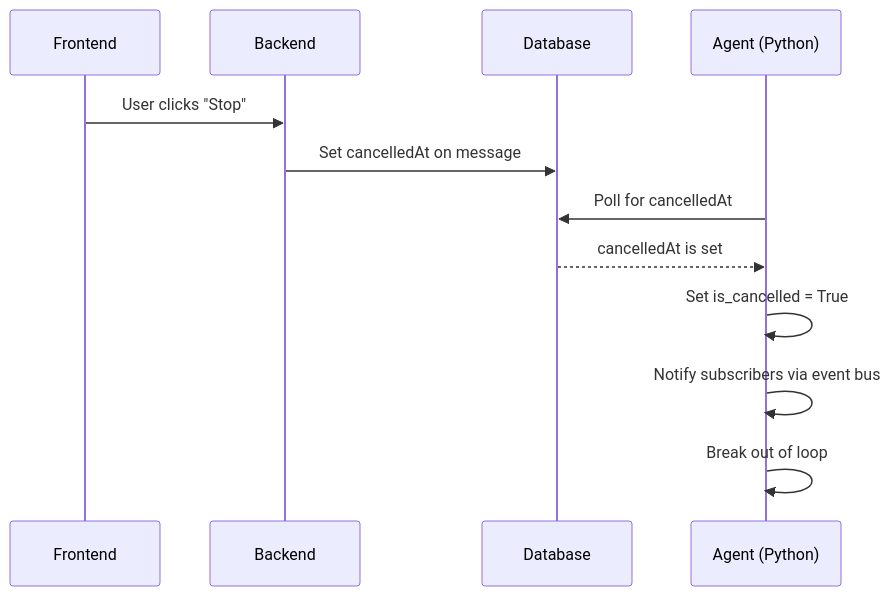
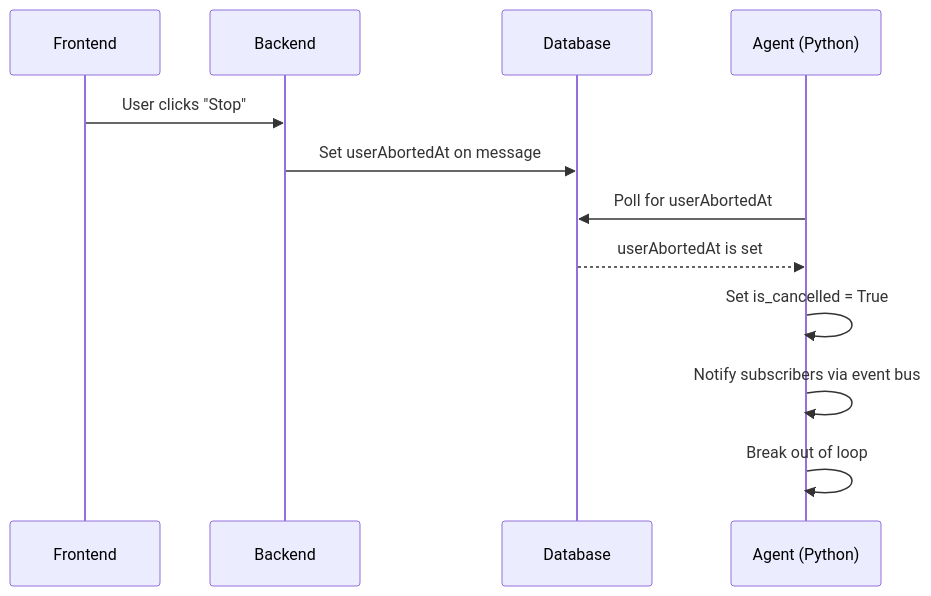
One commit to Unique-AG/ai changed the diagram in unique_toolkit/docs/chat/cancellation.md. Above: the diagram before and after it, drawn with Mermaid. The commit also changed other lines of this file and 4 other files, not shown here.

First line of the commit message:
refactor(toolkit): rename cancelledAt to userAbortedAt

````diff
--- a/unique_toolkit/docs/chat/cancellation.md
+++ b/unique_toolkit/docs/chat/cancellation.md
@@ -8,15 +8,15 @@
 ```mermaid
 sequenceDiagram
     participant FE as Frontend
     participant B as Backend
     participant DB as Database
     participant A as Agent (Python)
 
     FE->>B: User clicks "Stop"
-    B->>DB: Set cancelledAt on message
-    A->>DB: Poll for cancelledAt
-    DB-->>A: cancelledAt is set
+    B->>DB: Set userAbortedAt on message
+    A->>DB: Poll for userAbortedAt
+    DB-->>A: userAbortedAt is set
     A->>A: Set is_cancelled = True
     A->>A: Notify subscribers via event bus
     A->>A: Break out of loop
 ```
````
